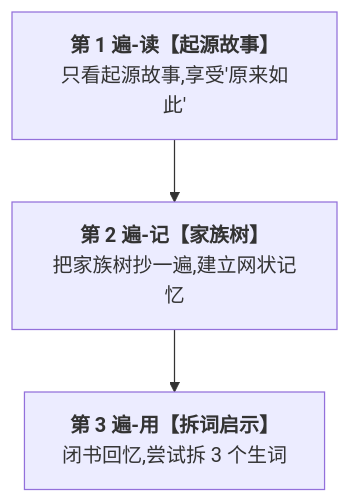
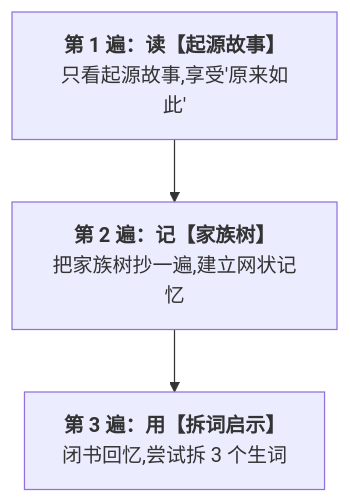
One commit to swiftczz/roots-affixes-book changed the second of 2 diagrams in 00-前言/前言.md. Above: the diagram before and after it, drawn with Mermaid. The commit also changed other lines of this file and 16 other files, not shown here.

````diff
--- a/00-前言/前言.md
+++ b/00-前言/前言.md
@@ -166,7 +166,7 @@
 ```mermaid
 flowchart TD
-    R1["<b>第 1 遍-读【起源故事】</b><br/>只看起源故事,享受'原来如此'"]
-    R2["<b>第 2 遍-记【家族树】</b><br/>把家族树抄一遍,建立网状记忆"]
-    R3["<b>第 3 遍-用【拆词启示】</b><br/>闭书回忆,尝试拆 3 个生词"]
+    R1["<b>第 1 遍：读【起源故事】</b><br/>只看起源故事,享受'原来如此'"]
+    R2["<b>第 2 遍：记【家族树】</b><br/>把家族树抄一遍,建立网状记忆"]
+    R3["<b>第 3 遍：用【拆词启示】</b><br/>闭书回忆,尝试拆 3 个生词"]
     R1 --> R2 --> R3
 ```
````
